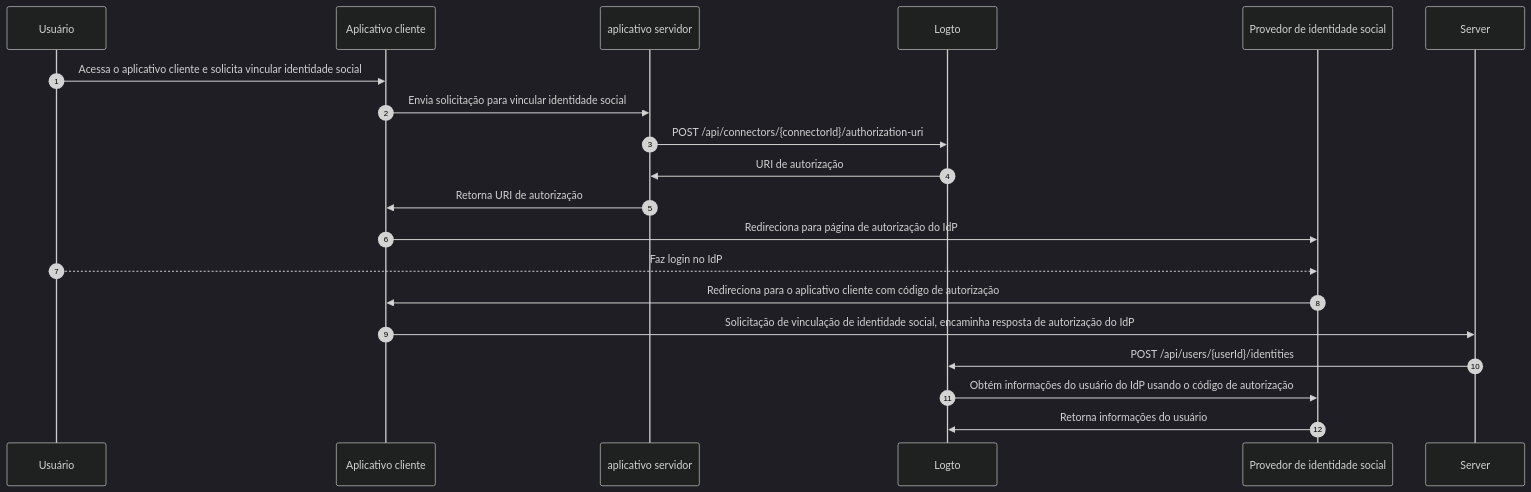
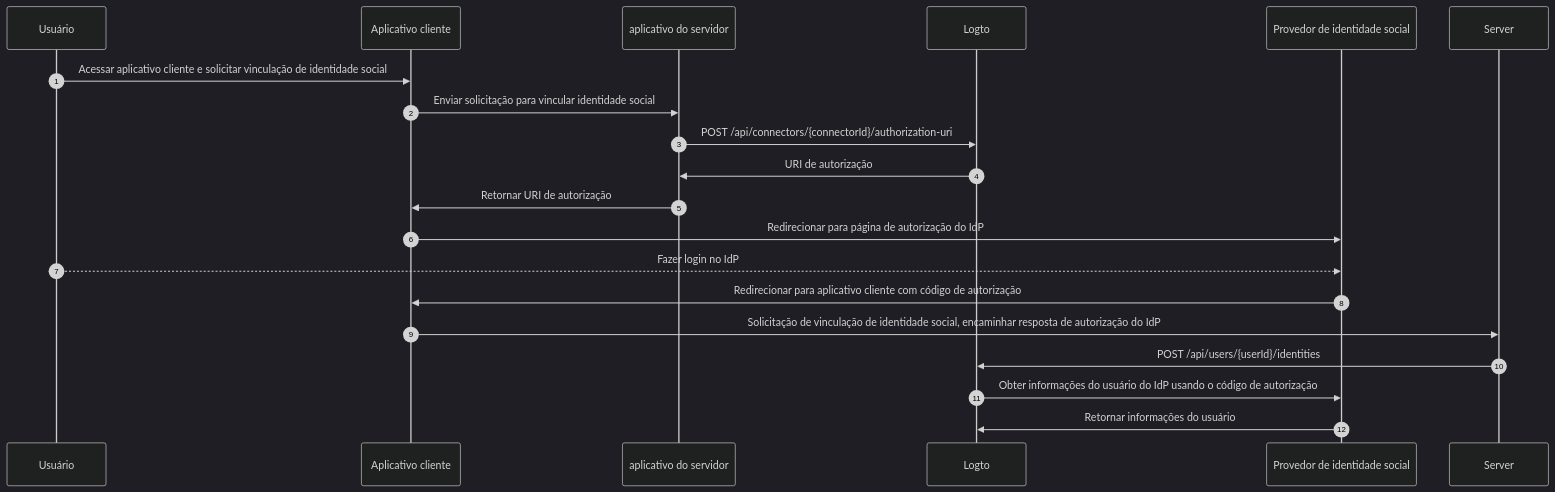
Before and after one commit to logto-io/docs: the third of 3 diagrams in i18n/pt-BR/docusaurus-plugin-content-docs/current/end-user-flows/account-settings/by-management-api.mdx, drawn with Mermaid (dark theme). The commit also changed other lines of this file and 102 other files, not shown here.

````diff
--- a/i18n/pt-BR/docusaurus-plugin-content-docs/current/end-user-flows/account-settings/by-management-api.mdx
+++ b/i18n/pt-BR/docusaurus-plugin-content-docs/current/end-user-flows/account-settings/by-management-api.mdx
@@ -120,22 +120,22 @@
 ```mermaid
 sequenceDiagram
     autoNumber
     participant User as Usuário
     participant Client as Aplicativo cliente
-    participant App as aplicativo servidor
+    participant App as aplicativo do servidor
     participant Logto as Logto
     participant IdP as Provedor de identidade social
 
-    User ->> Client: Acessa o aplicativo cliente e solicita vincular identidade social
-    Client ->> App: Envia solicitação para vincular identidade social
+    User ->> Client: Acessar aplicativo cliente e solicitar vinculação de identidade social
+    Client ->> App: Enviar solicitação para vincular identidade social
     App ->> Logto: POST /api/connectors/{connectorId}/authorization-uri
     Logto ->> App: URI de autorização
-    App ->> Client: Retorna URI de autorização
-    Client ->> IdP: Redireciona para página de autorização do IdP
-    User -->> IdP: Faz login no IdP
-    IdP ->> Client: Redireciona para o aplicativo cliente com código de autorização
-    Client ->> Server: Solicitação de vinculação de identidade social, encaminha resposta de autorização do IdP
+    App ->> Client: Retornar URI de autorização
+    Client ->> IdP: Redirecionar para página de autorização do IdP
+    User -->> IdP: Fazer login no IdP
+    IdP ->> Client: Redirecionar para aplicativo cliente com código de autorização
+    Client ->> Server: Solicitação de vinculação de identidade social, encaminhar resposta de autorização do IdP
     Server ->> Logto: POST /api/users/{userId}/identities
-    Logto ->> IdP: Obtém informações do usuário do IdP usando o código de autorização
-    IdP ->> Logto: Retorna informações do usuário
+    Logto ->> IdP: Obter informações do usuário do IdP usando o código de autorização
+    IdP ->> Logto: Retornar informações do usuário
 ```
````
